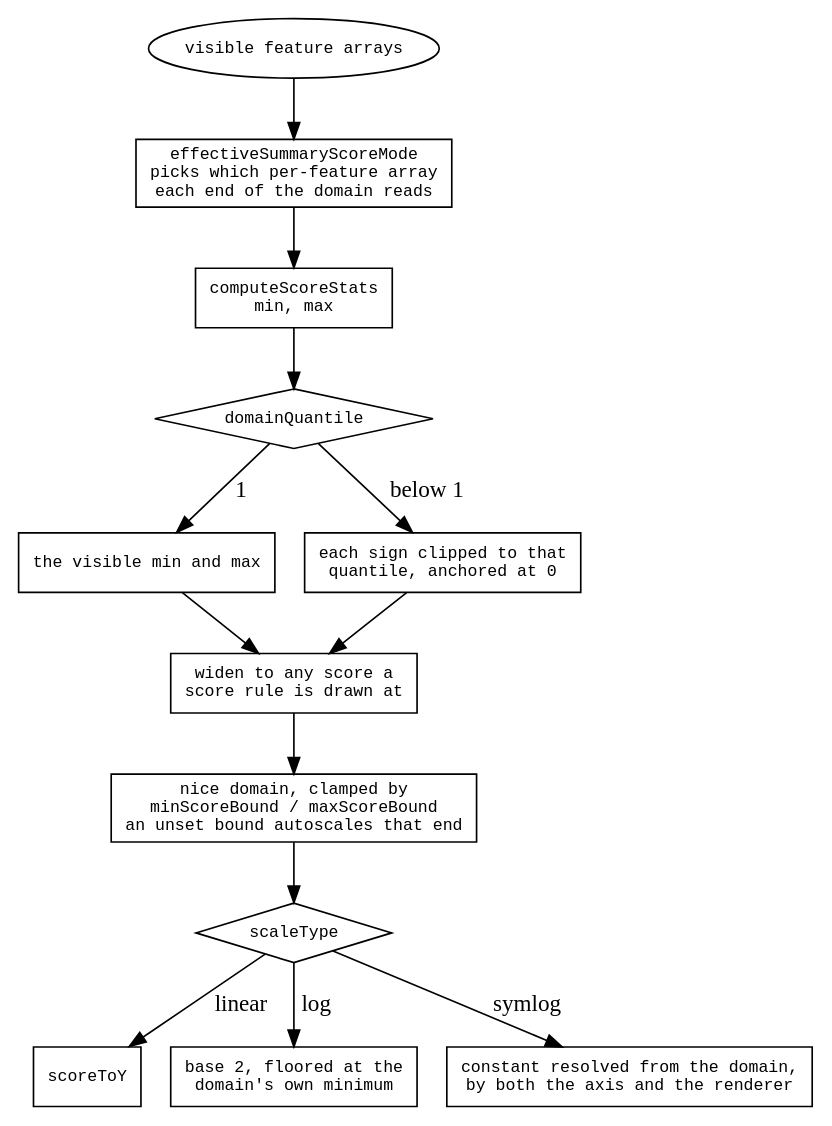
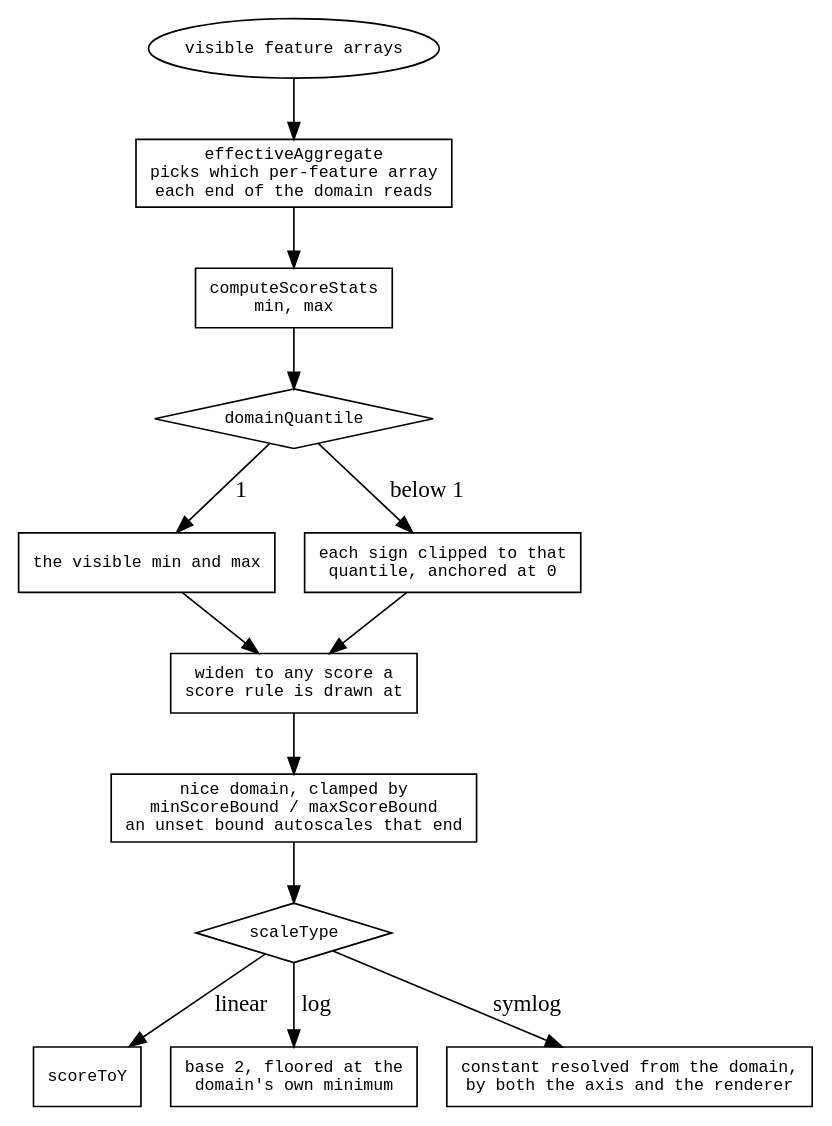
The diagram in agent-docs/reference/diagrams/wiggle-domain.dot (GMOD/jbrowse-components), drawn with Graphviz before and after one commit. The commit also changed 15 other files, not shown here.

First line of the commit message:
Prose, diagrams and a demo build script say aggregate; the menu's options are typed by it

```diff
--- a/agent-docs/reference/diagrams/wiggle-domain.dot
+++ b/agent-docs/reference/diagrams/wiggle-domain.dot
@@ -1,30 +1,30 @@
 digraph wiggle_domain {
   rankdir=TB
   node [shape=box fontname=monospace fontsize=10]
   { node [shape=diamond] auto; scale }
 
   vis   [label="visible feature arrays", shape=oval]
-  mode  [label="effectiveSummaryScoreMode\npicks which per-feature array\neach end of the domain reads"]
+  mode  [label="effectiveAggregate\npicks which per-feature array\neach end of the domain reads"]
   stats [label="computeScoreStats\nmin, max"]
   vis -> mode -> stats -> auto
 
   auto [label="domainQuantile"]
   auto -> local   [label=" 1"]
   auto -> pct     [label=" below 1"]
   local [label="the visible min and max"]
   pct   [label="each sign clipped to that\nquantile, anchored at 0"]
 
   rules [label="widen to any score a\nscore rule is drawn at"]
   local -> rules  pct -> rules
 
   bounds [label="nice domain, clamped by\nminScoreBound / maxScoreBound\nan unset bound autoscales that end"]
   rules -> bounds -> scale
 
   scale [label="scaleType"]
   scale -> lin [label=" linear"]
   scale -> log [label=" log"]
   scale -> sym [label=" symlog"]
   lin [label="scoreToY"]
   log [label="base 2, floored at the\ndomain's own minimum"]
   sym [label="constant resolved from the domain,\nby both the axis and the renderer"]
 }
```
